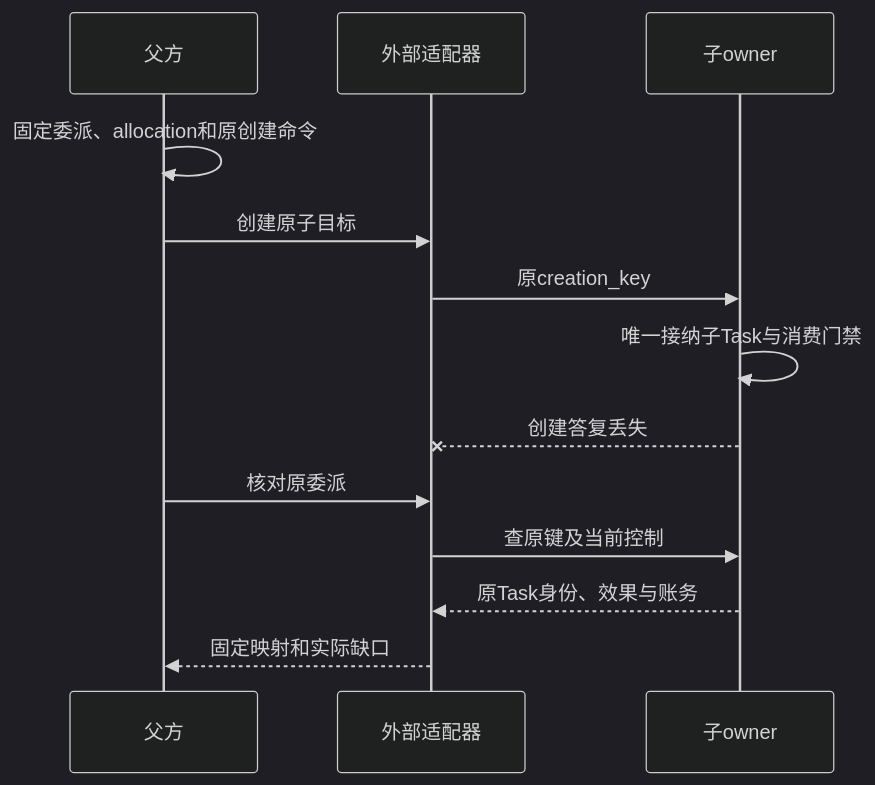
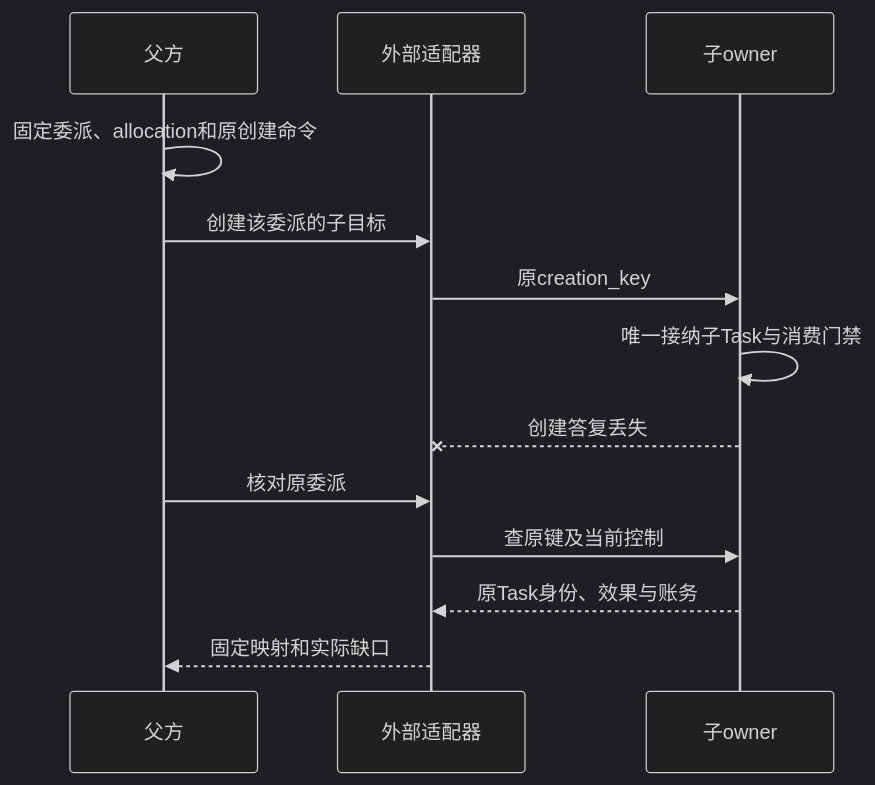
Before and after one commit to ruipengliu/lerna: the second of 2 diagrams in docs/architecture/collaboration/README.md, drawn with Mermaid (dark theme). The commit also changed other lines of this file and 34 other files, not shown here.

First line of the commit message:
docs: complete architecture data design and implementation contracts

````diff
--- a/docs/architecture/collaboration/README.md
+++ b/docs/architecture/collaboration/README.md
@@ -32,15 +34,15 @@
 ```mermaid
 sequenceDiagram
     participant P as 父方
     participant A as 外部适配器
     participant C as 子owner
     P->>P: 固定委派、allocation和原创建命令
-    P->>A: 创建原子目标
+    P->>A: 创建该委派的子目标
     A->>C: 原creation_key
     C->>C: 唯一接纳子Task与消费门禁
     C--xA: 创建答复丢失
     P->>A: 核对原委派
     A->>C: 查原键及当前控制
     C-->>A: 原Task身份、效果与账务
     A-->>P: 固定映射和实际缺口
 ```
````
